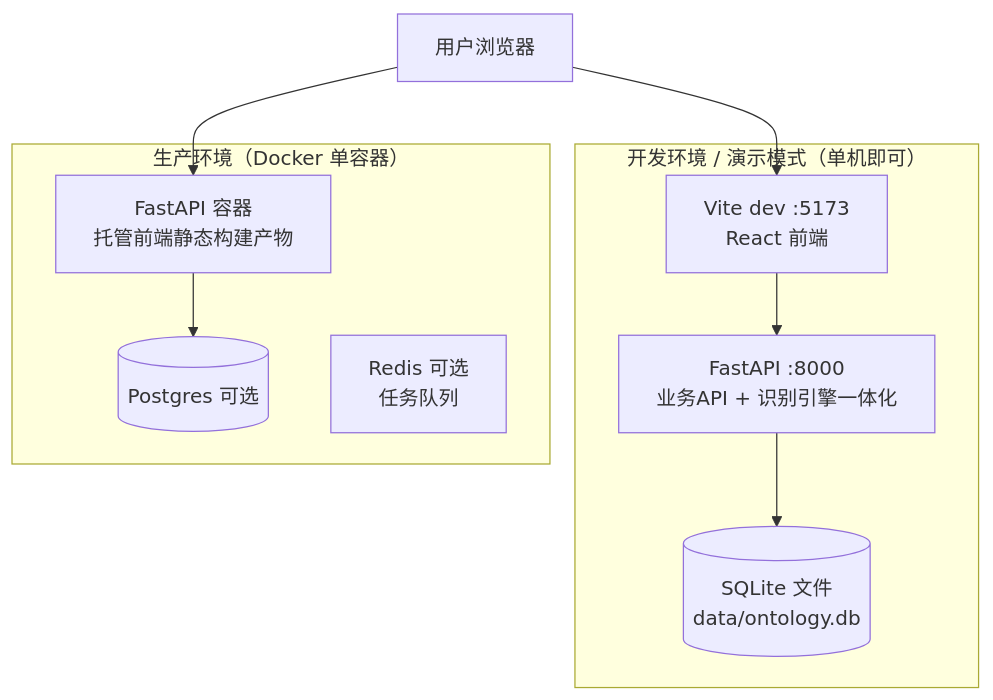
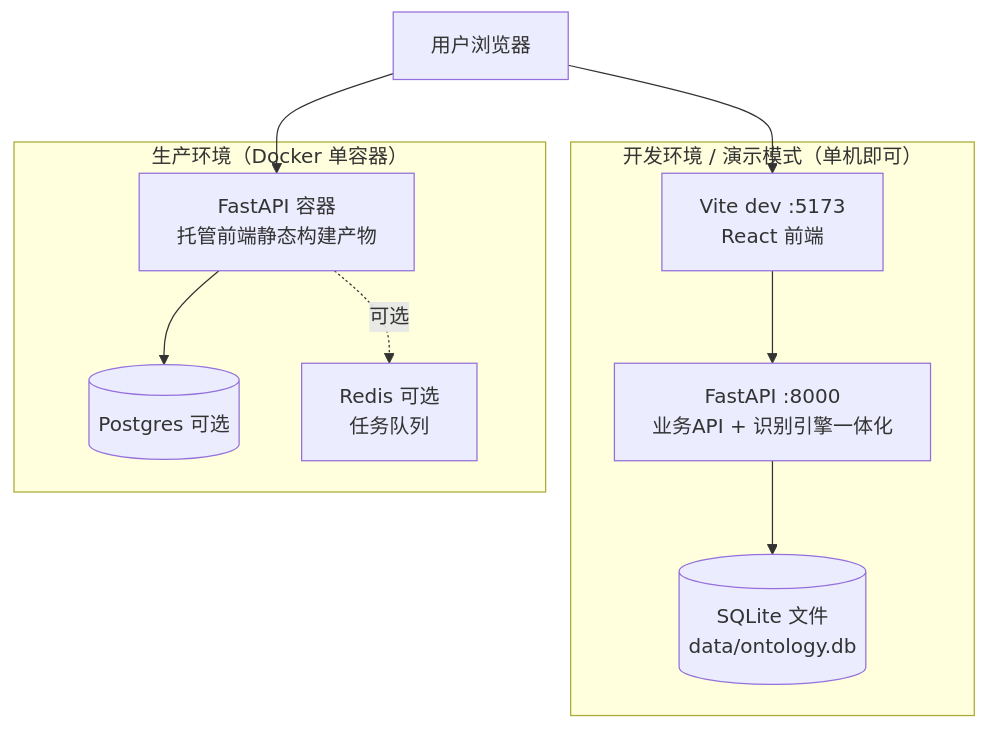
Before and after one commit to sealzrt/2026-08--agent: diagram 15 of 16 in Ontology/方案/项目风险管控工具设计方案-v1.0.md, drawn with Mermaid. The commit also changed other lines of this file, not shown here.

````diff
--- a/Ontology/方案/项目风险管控工具设计方案-v1.0.md
+++ b/Ontology/方案/项目风险管控工具设计方案-v1.0.md
@@ -630,18 +640,19 @@
 ```mermaid
 flowchart TB
     subgraph DEV[开发环境 / 演示模式（单机即可）]
         N1[Vite dev :5173<br/>React 前端]
         P1[FastAPI :8000<br/>业务API + 识别引擎一体化]
         D1[(SQLite 文件<br/>data/ontology.db)]
     end
     subgraph PROD[生产环境（Docker 单容器）]
         N2[FastAPI 容器<br/>托管前端静态构建产物]
         D2[(Postgres 可选)]
         R[Redis 可选<br/>任务队列]
     end
     U[用户浏览器] --> N1
     U --> N2
     N1 --> P1
     P1 --> D1
     N2 --> D2
+    N2 -.可选.-> R
 ```
````
